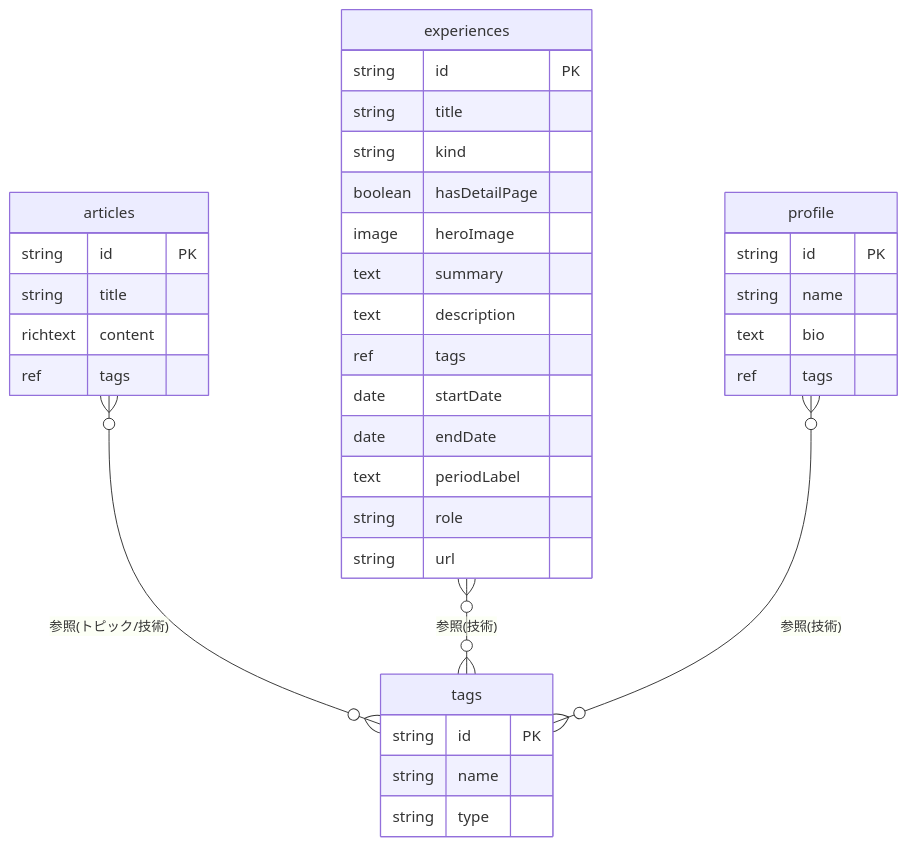
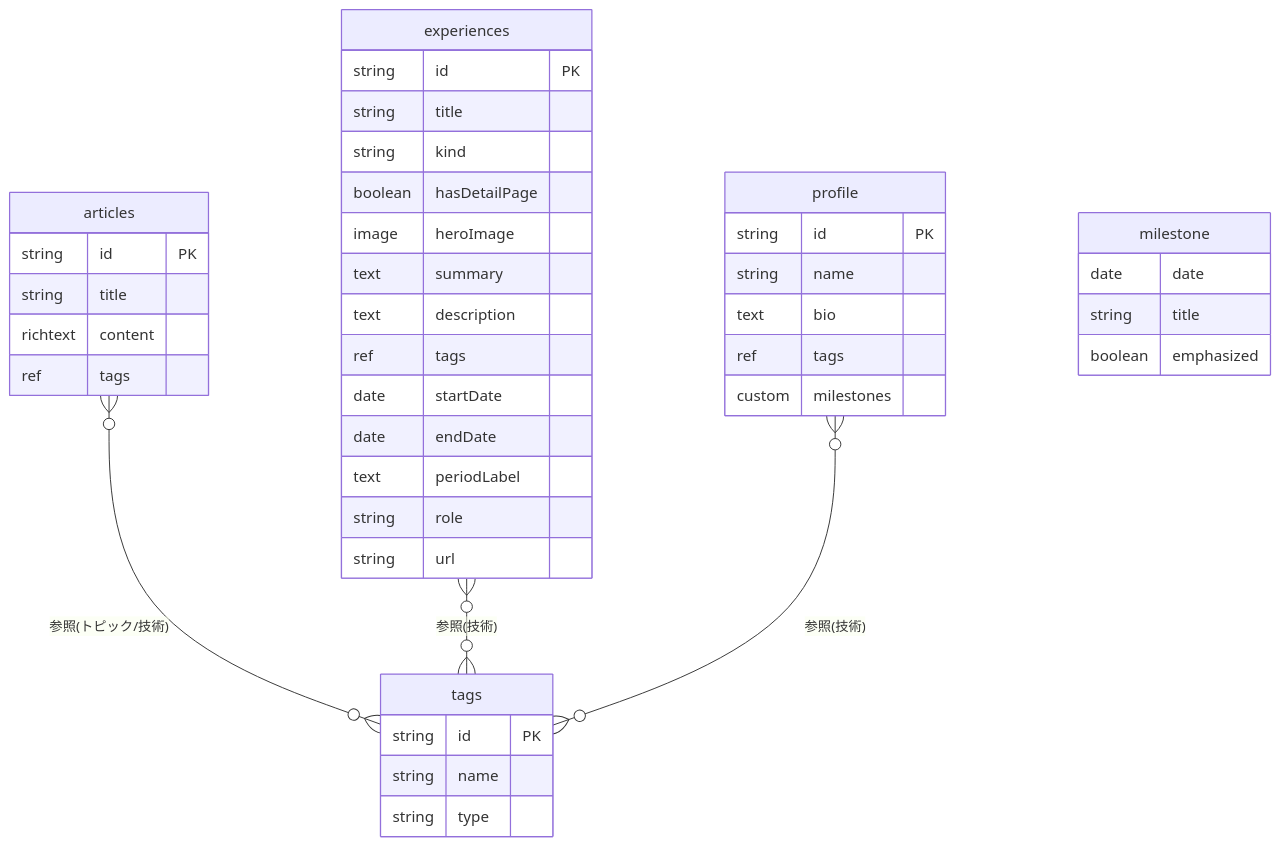
Before and after one commit to monarizzz/blog_microCMS_pages: the diagram in docs/architecture/data-model.md, drawn with Mermaid. The commit also changed other lines of this file and 1 other file, not shown here.

First line of the commit message:
feat profile のスキーマに Timeline の目盛り milestones を追加

````diff
--- a/docs/architecture/data-model.md
+++ b/docs/architecture/data-model.md
@@ -54,42 +54,49 @@
 ```mermaid
 erDiagram
     articles     }o--o{ tags : "参照(トピック/技術)"
     experiences  }o--o{ tags : "参照(技術)"
     profile      }o--o{ tags : "参照(技術)"
 
     articles {
         string   id PK
         string   title
         richtext content
         ref      tags
     }
 
     tags {
         string id PK
         string name
         string type
     }
 
     experiences {
         string   id PK
         string   title
         string   kind
         boolean  hasDetailPage
         image    heroImage
         text     summary
         text     description
         ref      tags
         date     startDate
         date     endDate
         text     periodLabel
         string   role
         string   url
     }
 
     profile {
         string id PK
         string name
         text   bio
         ref    tags
+        custom milestones
+    }
+
+    milestone {
+        date    date
+        string  title
+        boolean emphasized
     }
 ```
````
